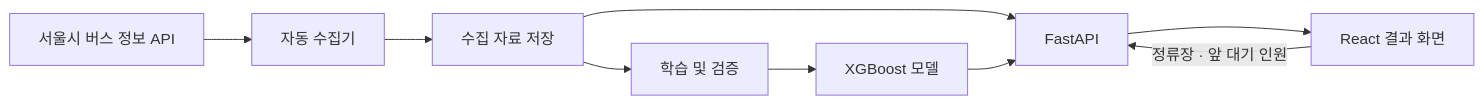
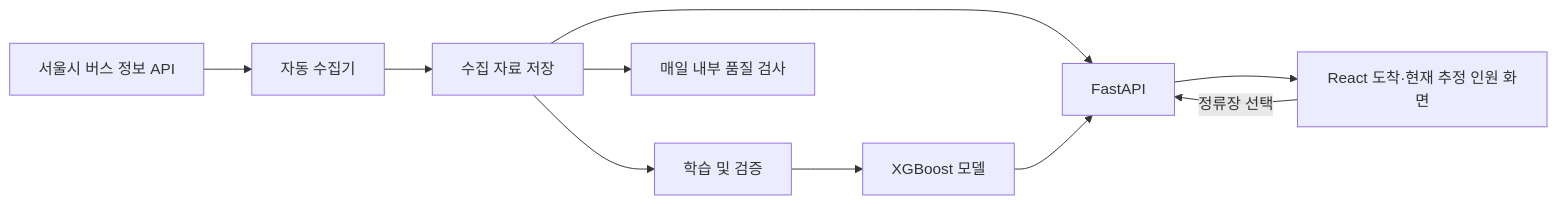
Before and after one commit to EarlyAccess-HanJari/HanJari: the diagram in README.md, drawn with Mermaid. The commit also changed other lines of this file and 31 other files, not shown here.

````diff
--- a/README.md
+++ b/README.md
@@ -114,11 +112,12 @@
 ```mermaid
 flowchart LR
     A[서울시 버스 정보 API] --> B[자동 수집기]
     B --> C[수집 자료 저장]
     C --> D[학습 및 검증]
     D --> E[XGBoost 모델]
+    C --> H[매일 내부 품질 검사]
     C --> F[FastAPI]
     E --> F
-    F --> G[React 결과 화면]
-    G -->|정류장 · 앞 대기 인원| F
+    F --> G[React 도착·현재 추정 인원 화면]
+    G -->|정류장 선택| F
 ```
````
